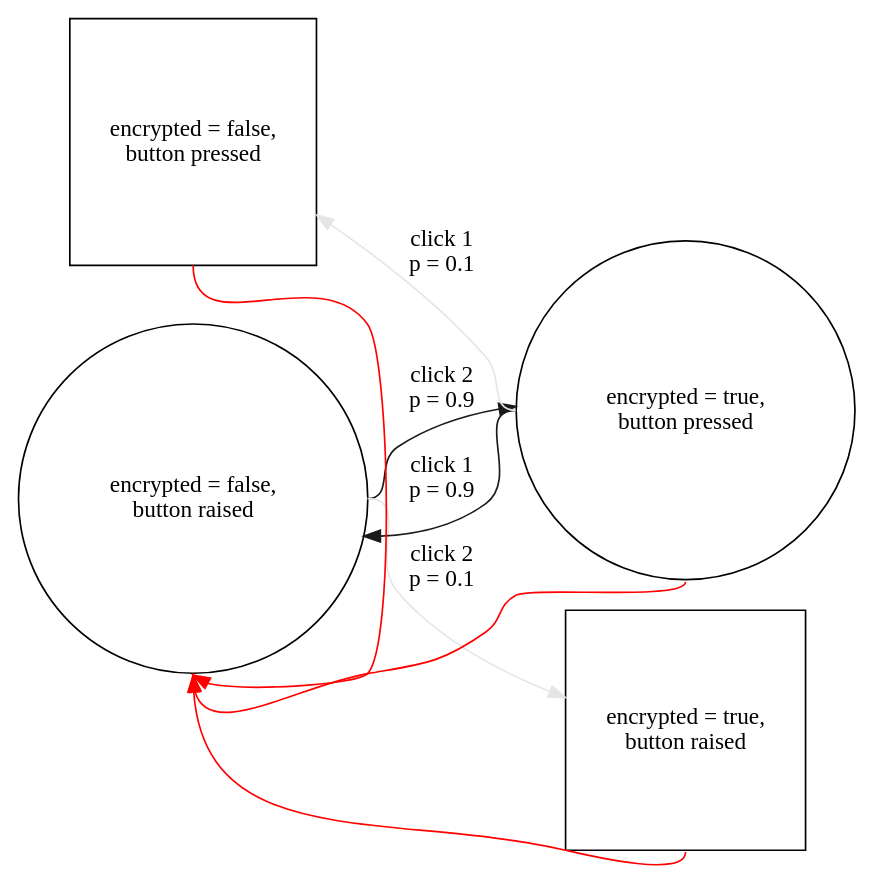
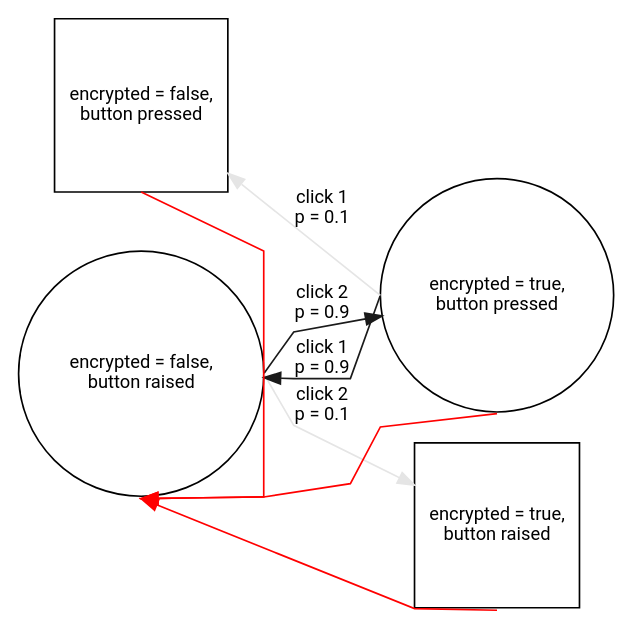
The diagram in 04-simple-boolean-with-reset.dot (adrifelt/ux-model-graphs), drawn with Graphviz before and after one commit. The commit also changed 4 other files, not shown here.

```diff
--- a/04-simple-boolean-with-reset.dot
+++ b/04-simple-boolean-with-reset.dot
@@ -1,25 +1,67 @@
 digraph "04-simple-boolean-with-reset" {
+  splines = polyline;
   rankdir = LR;
   node [
     shape = circle
+    fontname = "Roboto"
+    fontsize = 11
+  ];
+  edge [
+    fontname = "Roboto"
+    fontsize = 11
   ];
 
-  off [ label = "encrypted = false,\nbutton raised" ];
-  on [ label = "encrypted = true,\nbutton pressed" ];
+  off [
+    label = "encrypted = false,\nbutton raised"
+  ];
+  on [
+    label = "encrypted = true,\nbutton pressed"
+  ];
 
   subgraph { rank = same; on_confused; off; };
   subgraph { rank = same; off_confused; on; };
 
-  off_confused [ label = "encrypted = true,\nbutton raised", shape = square ];
-  on_confused [ label = "encrypted = false,\nbutton pressed", shape = square ];
+  off_confused [
+    label = "encrypted = true,\nbutton raised"
+    shape = square
+  ];
+  on_confused [
+    label = "encrypted = false,\nbutton pressed"
+    shape = square
+  ];
 
-  off:e -> off_confused [ label = "click 2\np = 0.1", color = grey90, weight = 1 ];
-  off:e -> on [ label = "click 2\np = 0.9", color = grey10, weight = 9 ];
+  off:e -> off_confused [
+    label = "click 2\np = 0.1"
+    color = grey90
+    weight = 1
+  ];
+  off:e -> on [
+    label = "click 2\np = 0.9"
+    color = grey10
+    weight = 9
+  ];
 
-  on:w -> on_confused [ label = "click 1\np = 0.1", color = grey90, weight = 1 ];
-  on:w -> off [ label = "click 1\np = 0.9", color = grey10, weight = 9 ];
+  on:w -> on_confused [
+    label = "click 1\np = 0.1"
+    color = grey90
+    weight = 1
+  ];
+  on:w -> off [
+    label = "click 1\np = 0.9"
+    color = grey10
+    weight = 9
+  ];
 
-  off_confused:s -> off:s [ color = red, weight = 1 ];
-  on_confused:s -> off:s [ color = red, weight = 1 ];
-  on:s -> off:s [ color = red, weight = 1 ];
+  off_confused:s -> off:s [
+    color = red
+    weight = 1
+  ];
+  on_confused:s -> off:s [
+    color = red
+    weight = 1
+  ];
+  on:s -> off:s [
+    color = red
+    weight = 1
+  ];
 }
```
